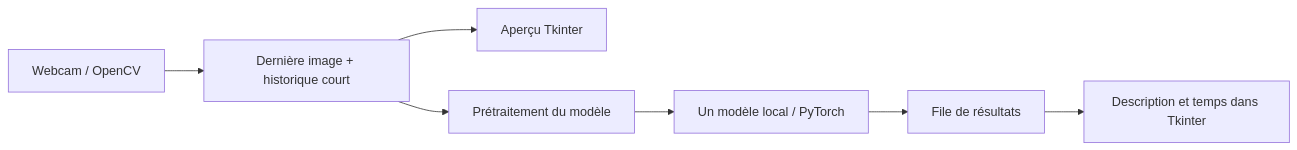
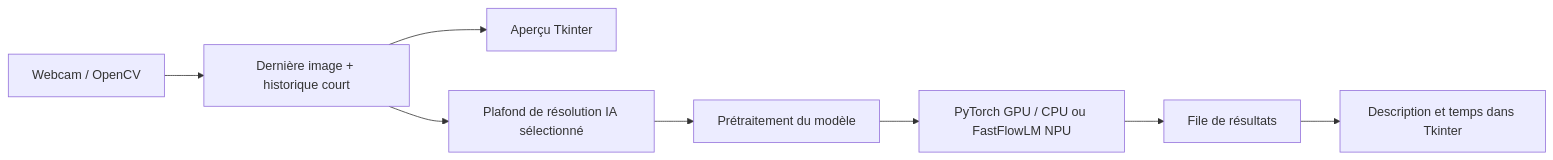
One commit to lfpoulain/fastvideo changed the diagram in docs/architecture.md. Above: the diagram before and after it, drawn with Mermaid. The commit also changed other lines of this file and 14 other files, not shown here.

````diff
--- a/docs/architecture.md
+++ b/docs/architecture.md
@@ -16,9 +17,10 @@
 ```mermaid
 flowchart LR
     C[Webcam / OpenCV] --> B[Dernière image + historique court]
     B --> V[Aperçu Tkinter]
-    B --> P[Prétraitement du modèle]
-    P --> M[Un modèle local / PyTorch]
+    B --> D[Plafond de résolution IA sélectionné]
+    D --> P[Prétraitement du modèle]
+    P --> M[PyTorch GPU / CPU ou FastFlowLM NPU]
     M --> Q[File de résultats]
     Q --> T[Description et temps dans Tkinter]
 ```
````
